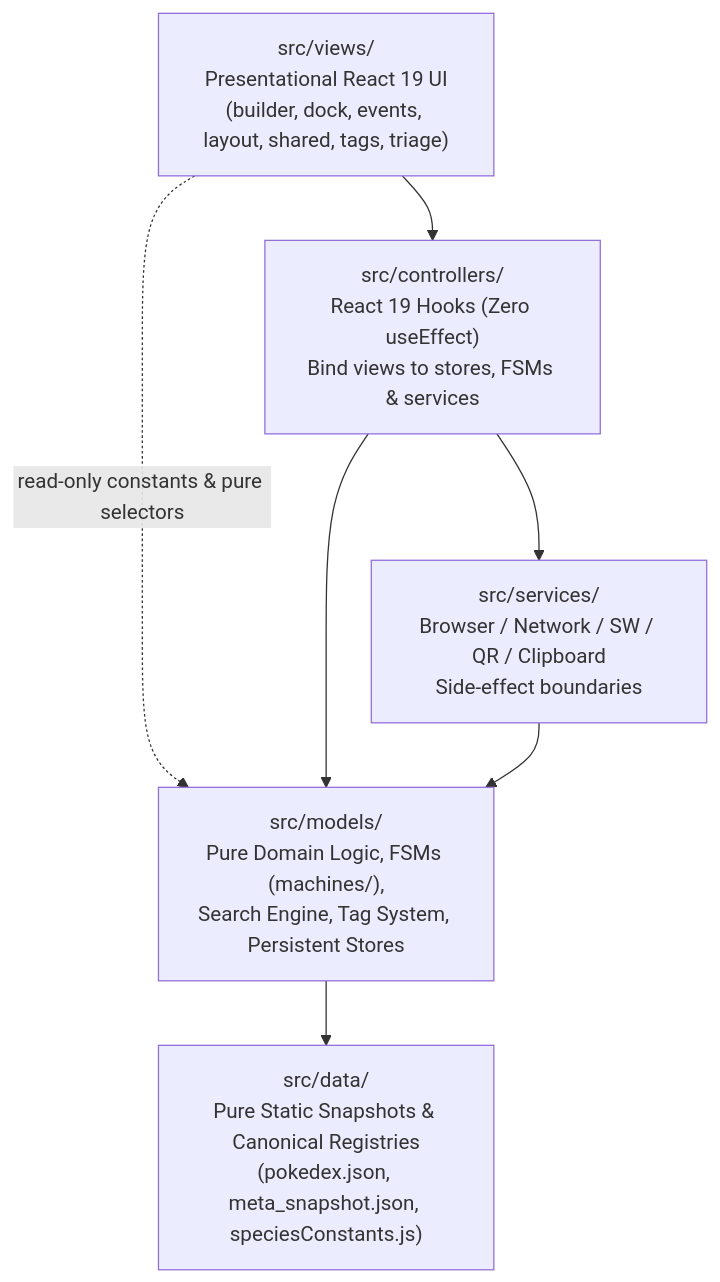
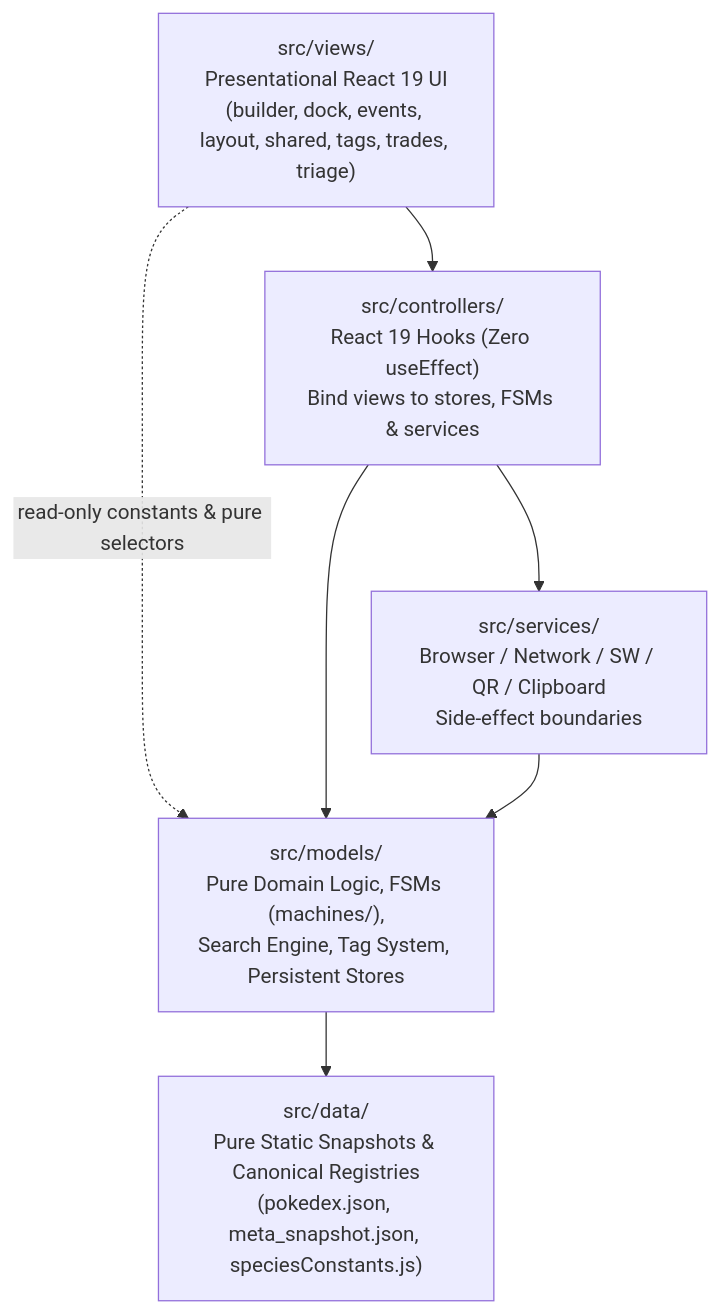
The diagram in docs/ARCHITECTURE.md (kevvn/PokemonGoDexSearchTool), drawn with Mermaid before and after one commit. The commit also changed other lines of this file and 31 other files, not shown here.

````diff
--- a/docs/ARCHITECTURE.md
+++ b/docs/ARCHITECTURE.md
@@ -13,15 +13,15 @@
 ```mermaid
 flowchart TD
-  Views["src/views/<br/>Presentational React 19 UI<br/>(builder, dock, events, layout, shared, tags, triage)"]
+  Views["src/views/<br/>Presentational React 19 UI<br/>(builder, dock, events, layout, shared, tags, trades, triage)"]
   Controllers["src/controllers/<br/>React 19 Hooks (Zero useEffect)<br/>Bind views to stores, FSMs & services"]
   Services["src/services/<br/>Browser / Network / SW / QR / Clipboard<br/>Side-effect boundaries"]
   Models["src/models/<br/>Pure Domain Logic, FSMs (machines/),<br/>Search Engine, Tag System, Persistent Stores"]
   Data["src/data/<br/>Pure Static Snapshots & Canonical Registries<br/>(pokedex.json, meta_snapshot.json, speciesConstants.js)"]
 
   Views --> Controllers
   Views -. "read-only constants & pure selectors" .-> Models
   Controllers --> Models
   Controllers --> Services
   Services --> Models
   Models --> Data
 ```
````
